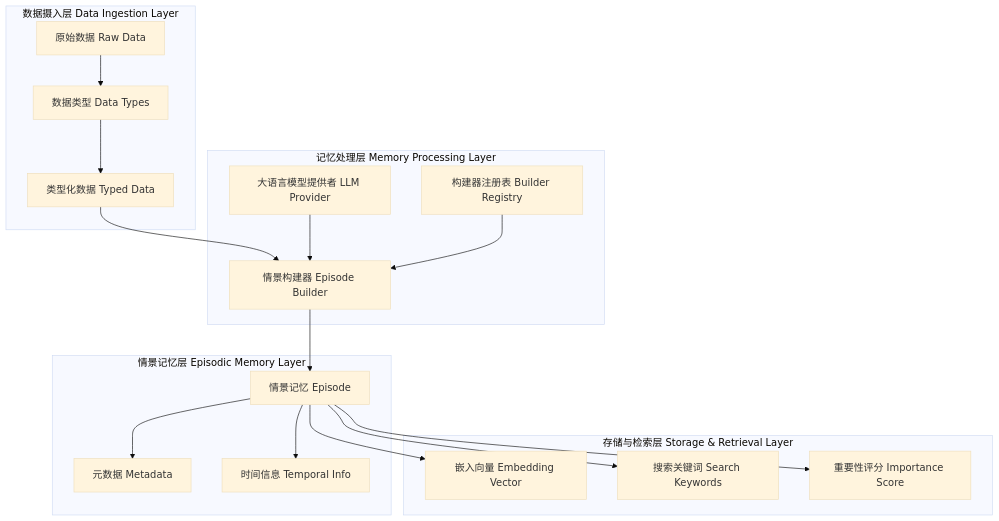
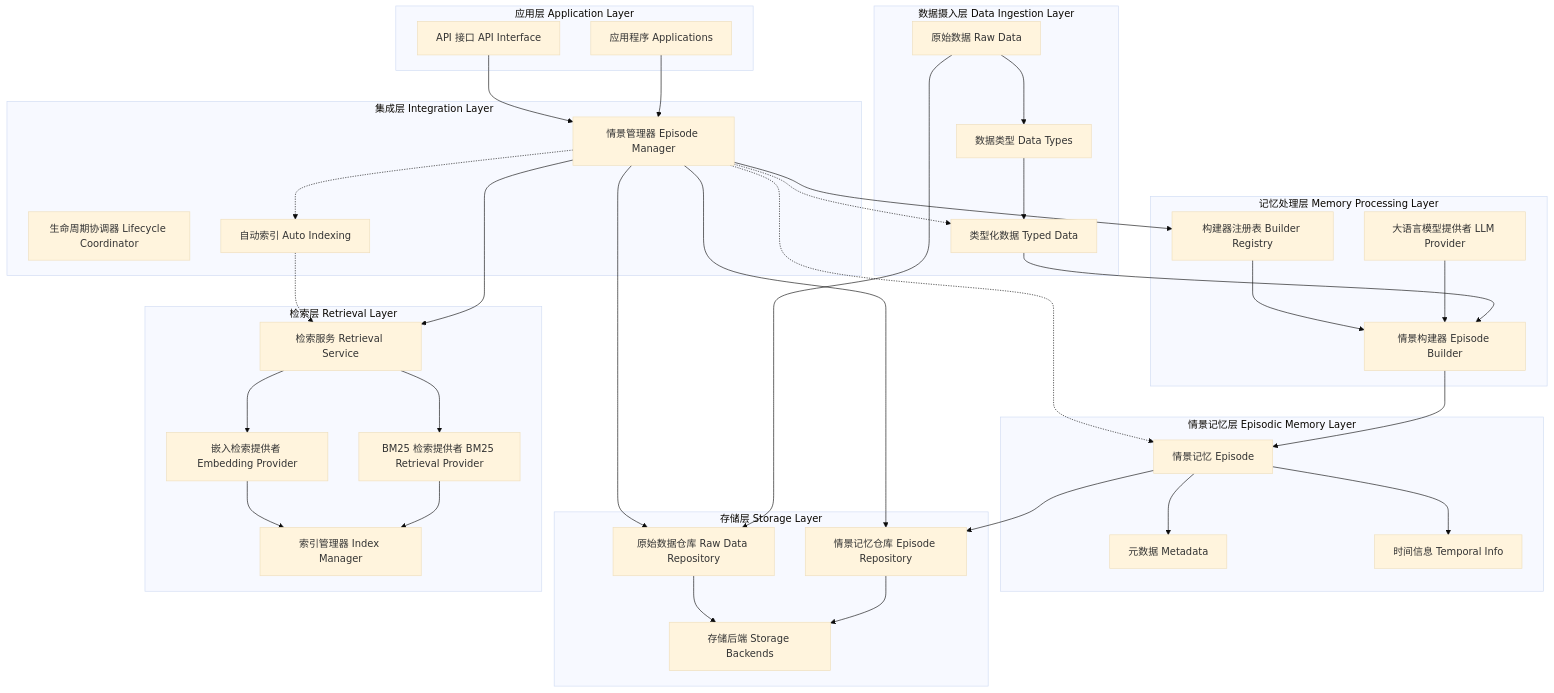
One commit to nemori-ai/nemori changed the first of 4 diagrams in DOMAIN_MODEL.md. Above: the diagram before and after it, drawn with Mermaid (base theme). The commit also changed other lines of this file and 24 other files, not shown here.

First line of the commit message:
feat: enhance episodic memory system with integration and retrieval layers

````diff
--- a/DOMAIN_MODEL.md
+++ b/DOMAIN_MODEL.md
@@ -26,41 +26,80 @@
 ```mermaid
 graph TB
+    subgraph "应用层 Application Layer"
+        App[应用程序 Applications]
+        API[API 接口 API Interface]
+    end
+    
+    subgraph "集成层 Integration Layer"
+        EpisodeManager[情景管理器 Episode Manager]
+        LifecycleCoordinator[生命周期协调器 Lifecycle Coordinator]
+        AutoIndexing[自动索引 Auto Indexing]
+        
+        App --> EpisodeManager
+        API --> EpisodeManager
+    end
+    
     subgraph "数据摄入层 Data Ingestion Layer"
         RawData[原始数据 Raw Data]
         DataTypes[数据类型 Data Types]
         TypedData[类型化数据 Typed Data]
         
         RawData --> DataTypes
         DataTypes --> TypedData
     end
     
     subgraph "记忆处理层 Memory Processing Layer"
         EpisodeBuilder[情景构建器 Episode Builder]
         LLMProvider[大语言模型提供者 LLM Provider]
         Registry[构建器注册表 Builder Registry]
         
         TypedData --> EpisodeBuilder
         LLMProvider --> EpisodeBuilder
         Registry --> EpisodeBuilder
     end
     
     subgraph "情景记忆层 Episodic Memory Layer"
         Episode[情景记忆 Episode]
         Metadata[元数据 Metadata]
         TemporalInfo[时间信息 Temporal Info]
         
         EpisodeBuilder --> Episode
         Episode --> Metadata
         Episode --> TemporalInfo
     end
     
-    subgraph "存储与检索层 Storage & Retrieval Layer"
-        EmbeddingVector[嵌入向量 Embedding Vector]
-        SearchKeywords[搜索关键词 Search Keywords]
-        ImportanceScore[重要性评分 Importance Score]
+    subgraph "存储层 Storage Layer"
+        RawDataRepo[原始数据仓库 Raw Data Repository]
+        EpisodeRepo[情景记忆仓库 Episode Repository]
+        StorageBackends[存储后端 Storage Backends]
         
-        Episode --> EmbeddingVector
-        Episode --> SearchKeywords
-        Episode --> ImportanceScore
+        Episode --> EpisodeRepo
+        RawData --> RawDataRepo
+        EpisodeRepo --> StorageBackends
+        RawDataRepo --> StorageBackends
     end
+    
+    subgraph "检索层 Retrieval Layer"
+        RetrievalService[检索服务 Retrieval Service]
+        BM25RetrievalProvider[BM25 检索提供者 BM25 Retrieval Provider]
+        EmbeddingProvider[嵌入检索提供者 Embedding Provider]
+        IndexManager[索引管理器 Index Manager]
+        
+        RetrievalService --> BM25RetrievalProvider
+        RetrievalService --> EmbeddingProvider
+        BM25RetrievalProvider --> IndexManager
+        EmbeddingProvider --> IndexManager
+    end
+    
+    %% 集成层连接
+    EpisodeManager --> Registry
+    EpisodeManager --> RawDataRepo
+    EpisodeManager --> EpisodeRepo
+    EpisodeManager --> RetrievalService
+    
+    %% 数据流
+    EpisodeManager -.-> TypedData
+    EpisodeManager -.-> Episode
+    EpisodeManager -.-> AutoIndexing
+    AutoIndexing -.-> RetrievalService
 ```
````
